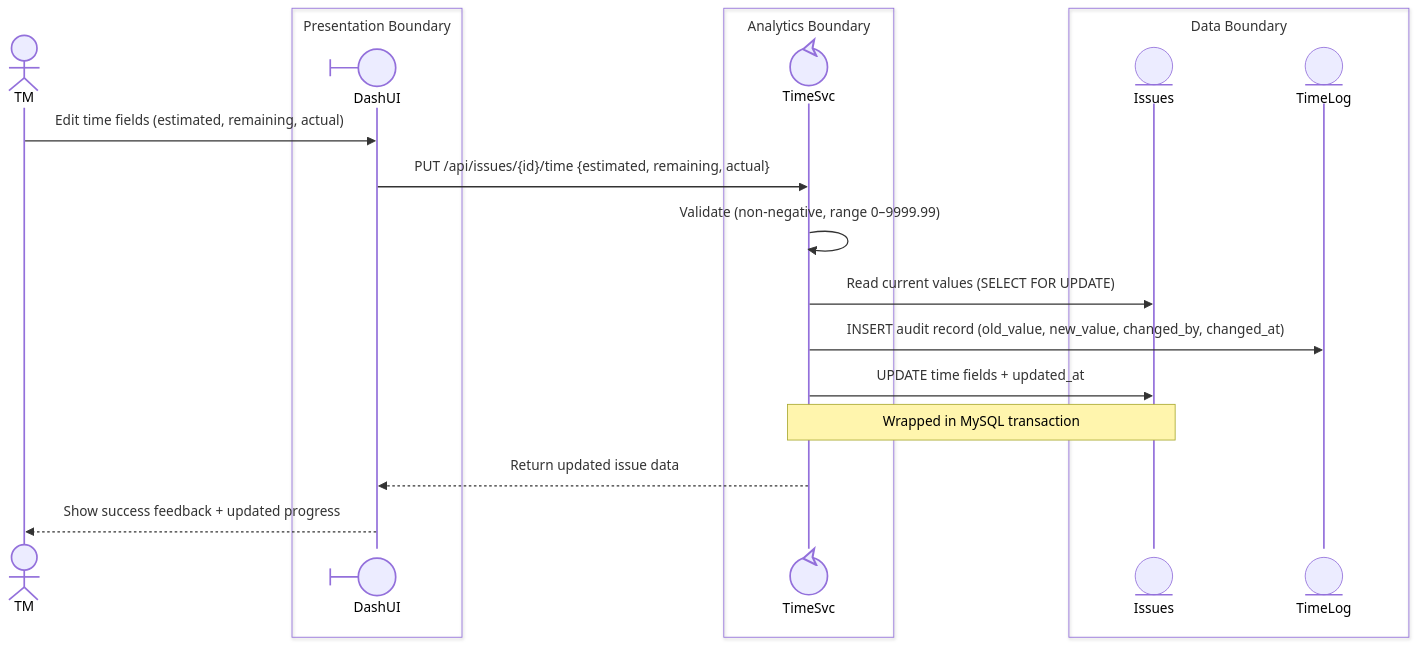
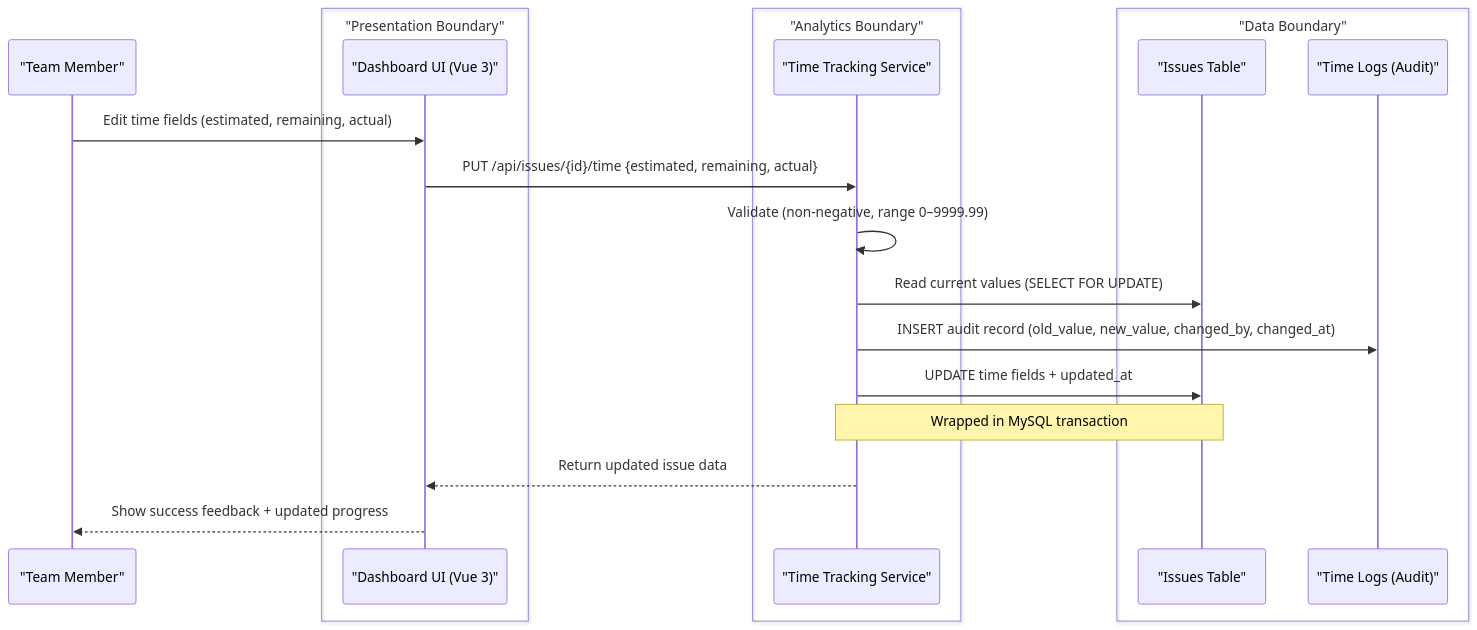
Before and after one commit to zhongadamwang/GitHubProjectAssistant: the fifth of 8 diagrams in OrgDocument/orgModel/01 - Scrum Master Support Process/collaboration.md, drawn with Mermaid. The commit also changed other lines of this file and 9 other files, not shown here.

Commit message:
Fix diagram errors

````diff
--- a/OrgDocument/orgModel/01 - Scrum Master Support Process/collaboration.md
+++ b/OrgDocument/orgModel/01 - Scrum Master Support Process/collaboration.md
@@ -239,27 +242,28 @@
 ```mermaid
 sequenceDiagram
-    participant TM@{ "type": "actor", "label": "Team Member" }
+    %% Stereotypes: TM=actor | DashUI=boundary | TimeSvc=control | Issues=entity, TimeLog=entity
+    participant TM as "Team Member"
 
-    box Presentation Boundary
-        participant DashUI@{ "type": "boundary", "label": "Dashboard UI (Vue 3)" }
+    box "Presentation Boundary"
+        participant DashUI as "Dashboard UI (Vue 3)"
     end
 
-    box Analytics Boundary
-        participant TimeSvc@{ "type": "control", "label": "Time Tracking Service" }
+    box "Analytics Boundary"
+        participant TimeSvc as "Time Tracking Service"
     end
 
-    box Data Boundary
-        participant Issues@{ "type": "entity", "label": "Issues Table" }
-        participant TimeLog@{ "type": "entity", "label": "Time Logs (Audit)" }
+    box "Data Boundary"
+        participant Issues as "Issues Table"
+        participant TimeLog as "Time Logs (Audit)"
     end
 
     TM->>DashUI: Edit time fields (estimated, remaining, actual)
     DashUI->>TimeSvc: PUT /api/issues/{id}/time {estimated, remaining, actual}
     TimeSvc->>TimeSvc: Validate (non-negative, range 0–9999.99)
     TimeSvc->>Issues: Read current values (SELECT FOR UPDATE)
     TimeSvc->>TimeLog: INSERT audit record (old_value, new_value, changed_by, changed_at)
     TimeSvc->>Issues: UPDATE time fields + updated_at
     Note over TimeSvc,Issues: Wrapped in MySQL transaction
     TimeSvc-->>DashUI: Return updated issue data
     DashUI-->>TM: Show success feedback + updated progress
 ```
````
